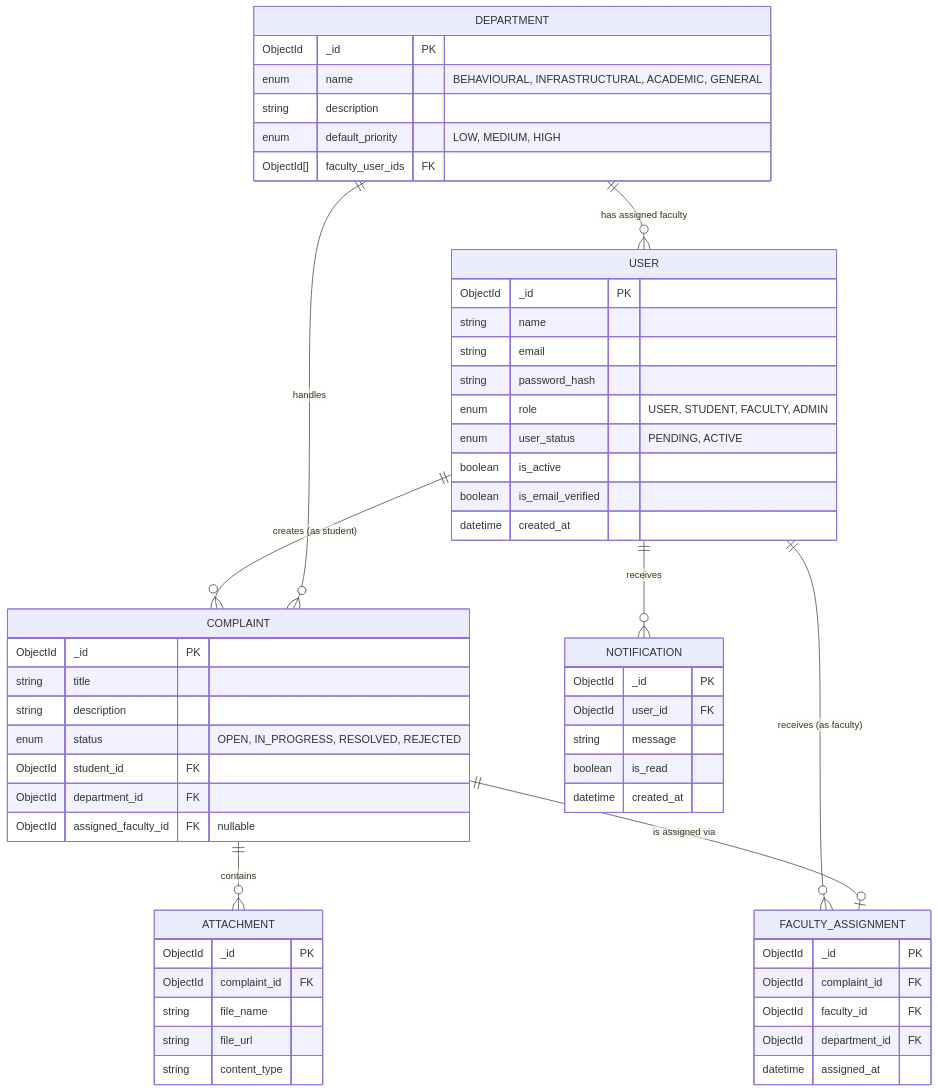
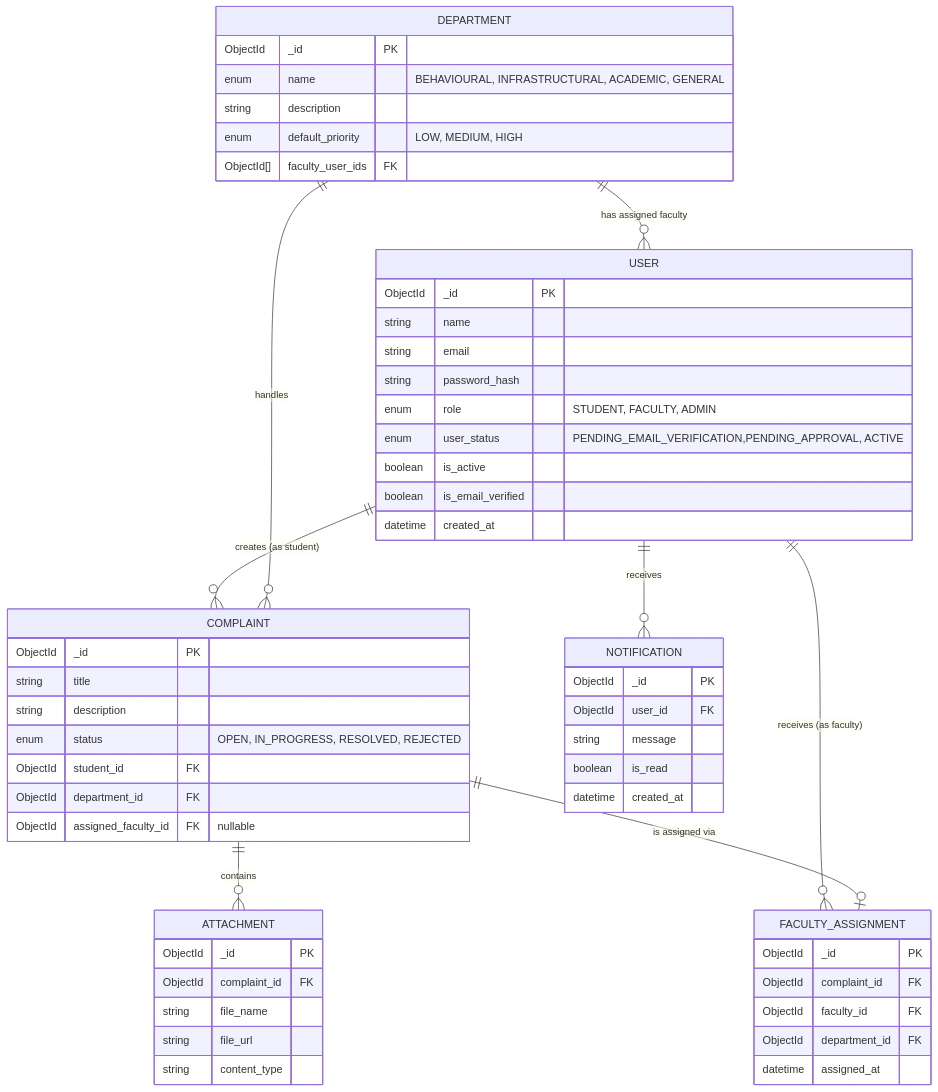
Before and after one commit to Sha1kh4/ResolveNow: the second of 2 diagrams in backend/README.md, drawn with Mermaid.

Commit message:
added changes to make the diagram more better

````diff
--- a/backend/README.md
+++ b/backend/README.md
@@ -55,67 +55,67 @@
 ```mermaid
 erDiagram
     USER {
         ObjectId _id PK
         string name
         string email
         string password_hash
-        enum role "USER, STUDENT, FACULTY, ADMIN"
-        enum user_status "PENDING, ACTIVE"
+        enum role "STUDENT, FACULTY, ADMIN"
+        enum user_status "PENDING_EMAIL_VERIFICATION,PENDING_APPROVAL, ACTIVE"
         boolean is_active
         boolean is_email_verified
         datetime created_at
     }
 
     DEPARTMENT {
         ObjectId _id PK
         enum name "BEHAVIOURAL, INFRASTRUCTURAL, ACADEMIC, GENERAL"
         string description
         enum default_priority "LOW, MEDIUM, HIGH"
         ObjectId[] faculty_user_ids FK
     }
 
     COMPLAINT {
         ObjectId _id PK
         string title
         string description
         enum status "OPEN, IN_PROGRESS, RESOLVED, REJECTED"
         ObjectId student_id FK
         ObjectId department_id FK
         ObjectId assigned_faculty_id FK "nullable"
     }
 
     FACULTY_ASSIGNMENT {
         ObjectId _id PK
         ObjectId complaint_id FK
         ObjectId faculty_id FK
         ObjectId department_id FK
         datetime assigned_at
     }
 
     ATTACHMENT {
         ObjectId _id PK
         ObjectId complaint_id FK
         string file_name
         string file_url
         string content_type
     }
 
     NOTIFICATION {
         ObjectId _id PK
         ObjectId user_id FK
         string message
         boolean is_read
         datetime created_at
     }
 
     %% Relationships
     USER ||--o{ COMPLAINT : "creates (as student)"
     USER ||--o{ FACULTY_ASSIGNMENT : "receives (as faculty)"
     USER ||--o{ NOTIFICATION : "receives"
     
     DEPARTMENT ||--o{ USER : "has assigned faculty"
     DEPARTMENT ||--o{ COMPLAINT : "handles"
     
     COMPLAINT ||--o{ ATTACHMENT : "contains"
     COMPLAINT ||--o| FACULTY_ASSIGNMENT : "is assigned via"
 ```
````
